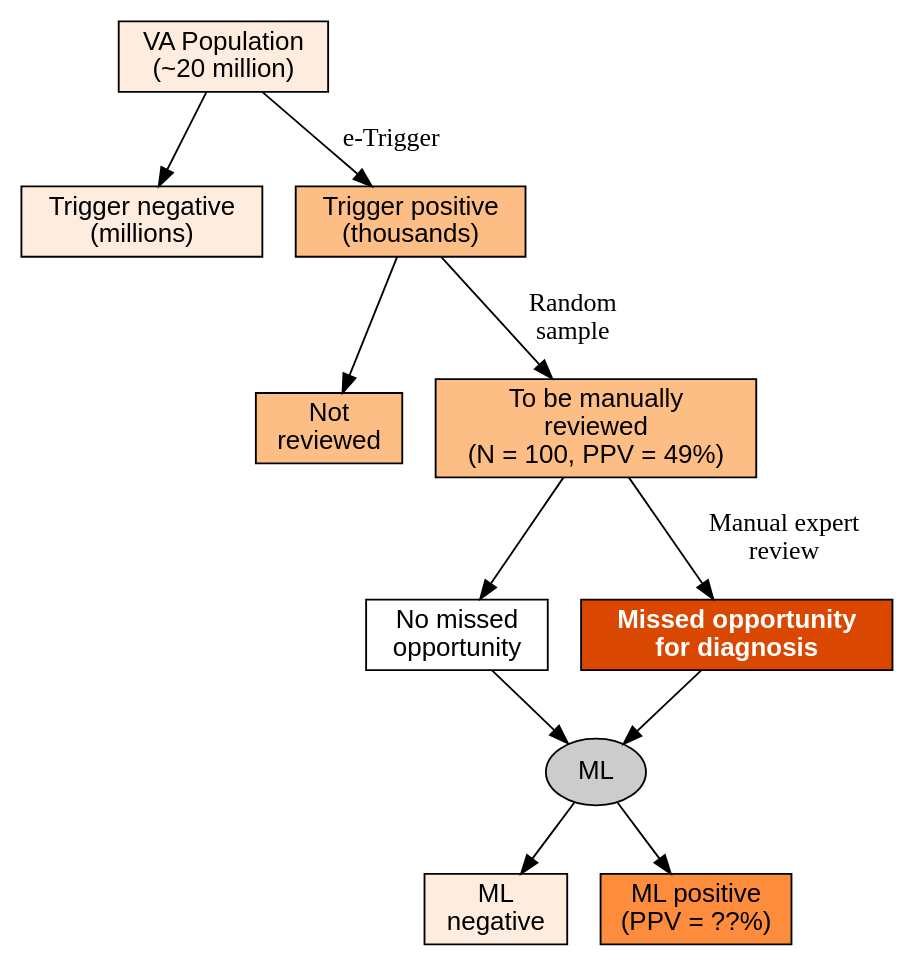
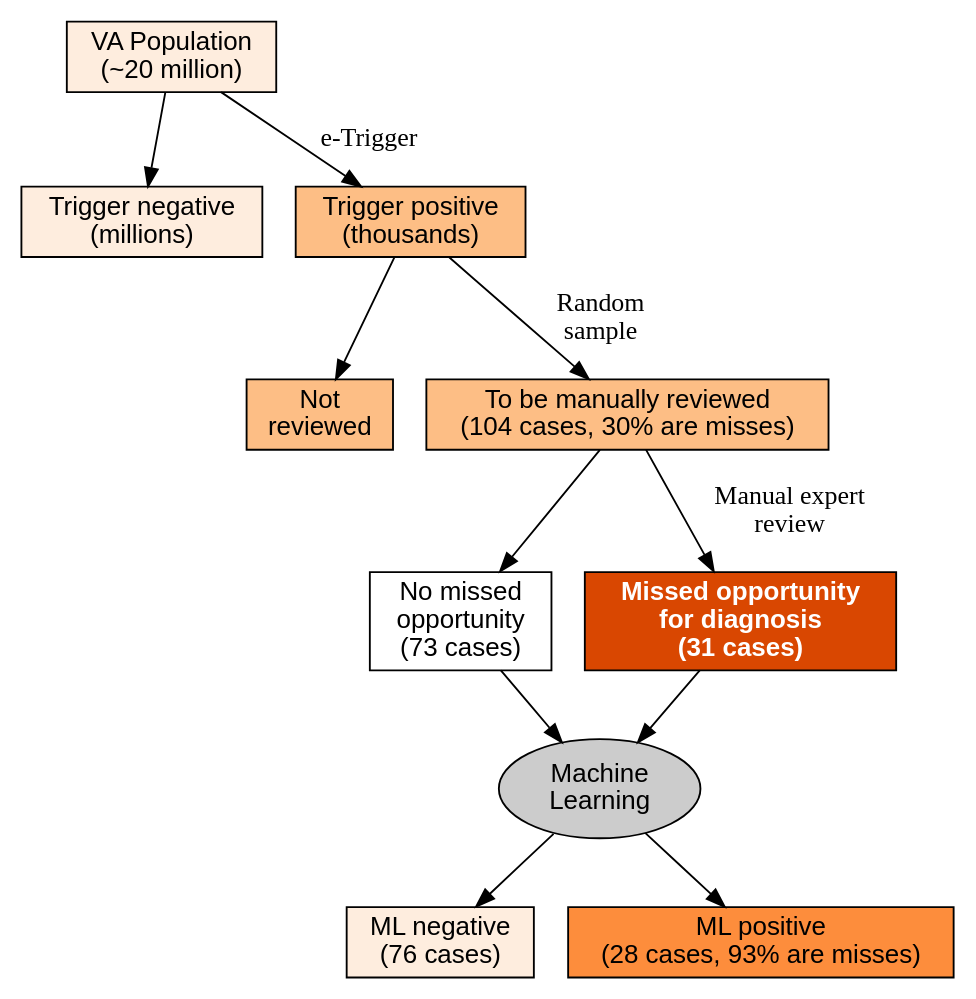
One commit to zimolzak/ml-detect-diagnostic-safety changed the diagram in AndyZimolzak/flow-colors-sparser.dot. Above: the diagram before and after it, drawn with Graphviz.

Commit message:
Improve some labels

```diff
--- a/AndyZimolzak/flow-colors-sparser.dot
+++ b/AndyZimolzak/flow-colors-sparser.dot
@@ -1,43 +1,43 @@
 digraph G {
 
 node [style = filled, fillcolor="white", fontname="Helvetica", colorscheme="oranges4"]
   //rankdir = "LR";
 
 // Rectangles for number of charts
 
 twentyMillion [shape="rectangle", label="VA Population\n(~20 million)", fillcolor=1];
 millionsNeg [shape="rectangle", label="Trigger negative\n(millions)", fillcolor=1];
 thousands [shape="rectangle", label="Trigger positive\n(thousands)", fillcolor=2];
 
 notReview [shape="rectangle" label="Not\nreviewed", fillcolor=2];
-hundredReview [shape="rectangle", label="To be manually\nreviewed\n(N = 100, PPV = 49%)", fillcolor=2];
+hundredReview [shape="rectangle", label="To be manually reviewed\n(104 cases, 30% are misses)", fillcolor=2];
 
-noMissedOD [shape="rectangle", label="No missed\nopportunity"];
-MissedOD [shape="rectangle", label="Missed opportunity\nfor diagnosis", fillcolor=4, fontcolor="white", fontname="Helvetica-Bold"];
+noMissedOD [shape="rectangle", label="No missed\nopportunity\n(73 cases)"];
+MissedOD [shape="rectangle", label="Missed opportunity\nfor diagnosis\n(31 cases)", fillcolor=4, fontcolor="white", fontname="Helvetica-Bold"];
 
-mlneg [shape="rectangle", fillcolor=1, label="ML\nnegative"];
-mlpos [shape="rectangle", fillcolor=3, label="ML positive\n(PPV = ??%)"];  // color 3 is used only for ML +
+mlneg [shape="rectangle", fillcolor=1, label="ML negative\n(76 cases)"];
+mlpos [shape="rectangle", fillcolor=3, label="ML positive\n(28 cases, 93% are misses)"];  // color 3 is used only for ML +
 
-ML [fillcolor="#cccccc"];
+ML [fillcolor="#cccccc", label="Machine\nLearning"];
 
 
 
 
 // Edges
 
 twentyMillion -> millionsNeg;
 twentyMillion -> thousands [label="e-Trigger"];
 
 thousands -> notReview;
 thousands -> hundredReview [label="Random\nsample"];
 
 hundredReview -> noMissedOD;
 hundredReview -> MissedOD [label="Manual expert\nreview"];
 
 noMissedOD -> ML;
 MissedOD -> ML;
 
 ML -> mlneg;
 ML -> mlpos;
 
 }
```
